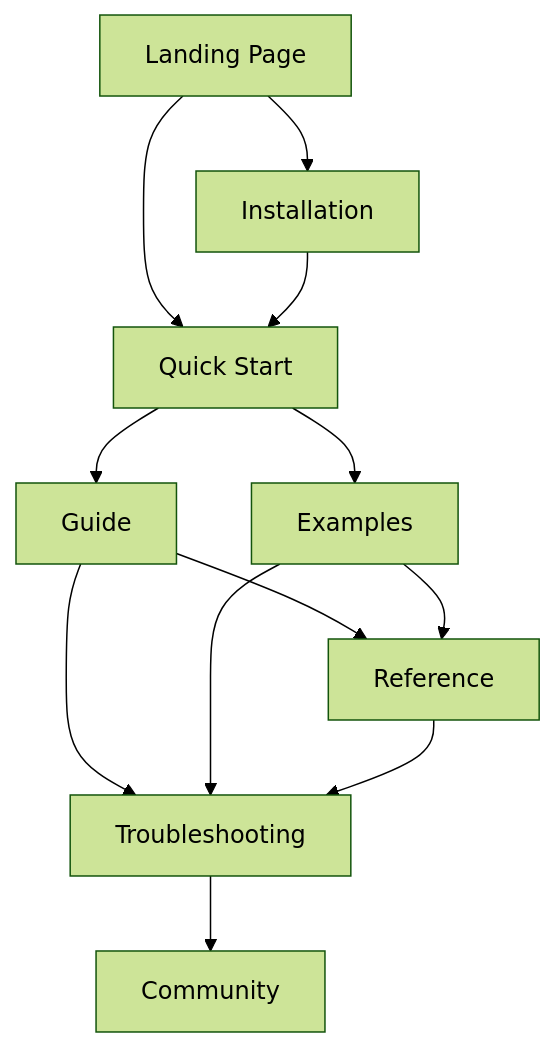
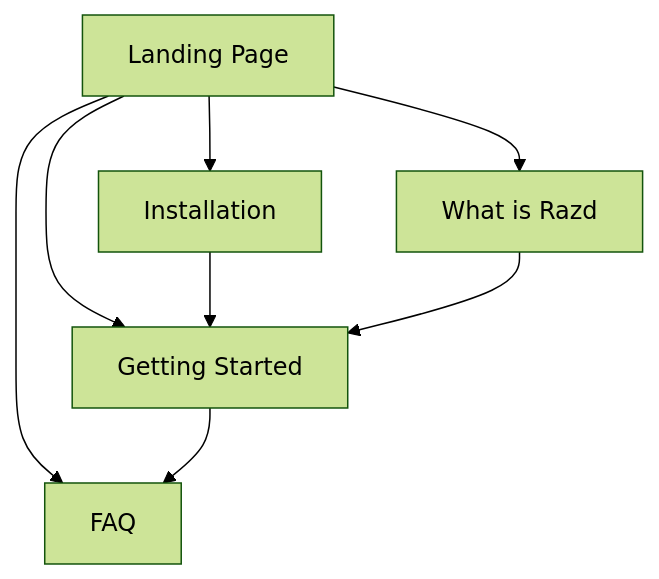
The diagram in openspec/changes/add-comprehensive-documentation/design.md (razd-cli/docs), drawn with Mermaid (forest theme) before and after one commit. The commit also changed other lines of this file and 13 other files, not shown here.

````diff
--- a/openspec/changes/add-comprehensive-documentation/design.md
+++ b/openspec/changes/add-comprehensive-documentation/design.md
@@ -59,14 +75,10 @@
 ```mermaid
 graph TD
     A[Landing Page] --> B[Installation]
-    A --> C[Quick Start]
+    A --> C[Getting Started]
+    A --> D[What is Razd]
+    A --> E[FAQ]
     B --> C
-    C --> D[Guide]
-    C --> E[Examples]
-    D --> F[Reference]
-    E --> F
-    D --> G[Troubleshooting]
-    E --> G
-    F --> G
-    G --> H[Community]
+    C --> E
+    D --> C
 ```
````
